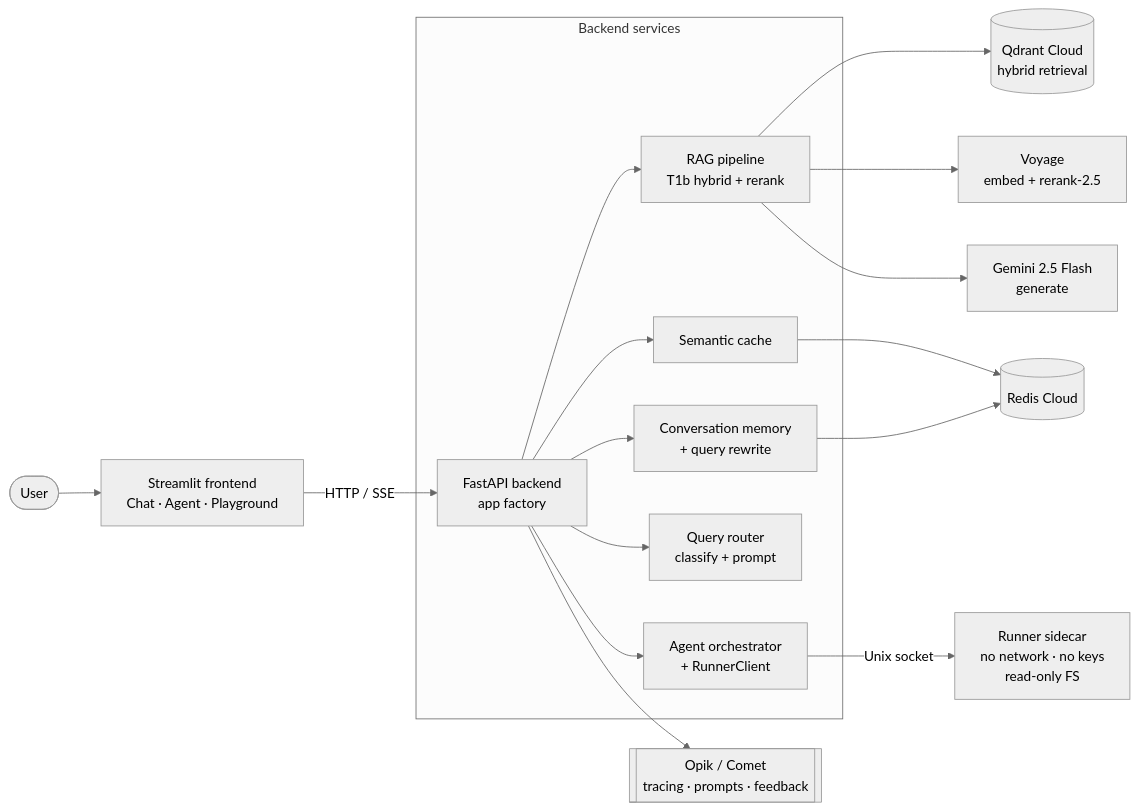
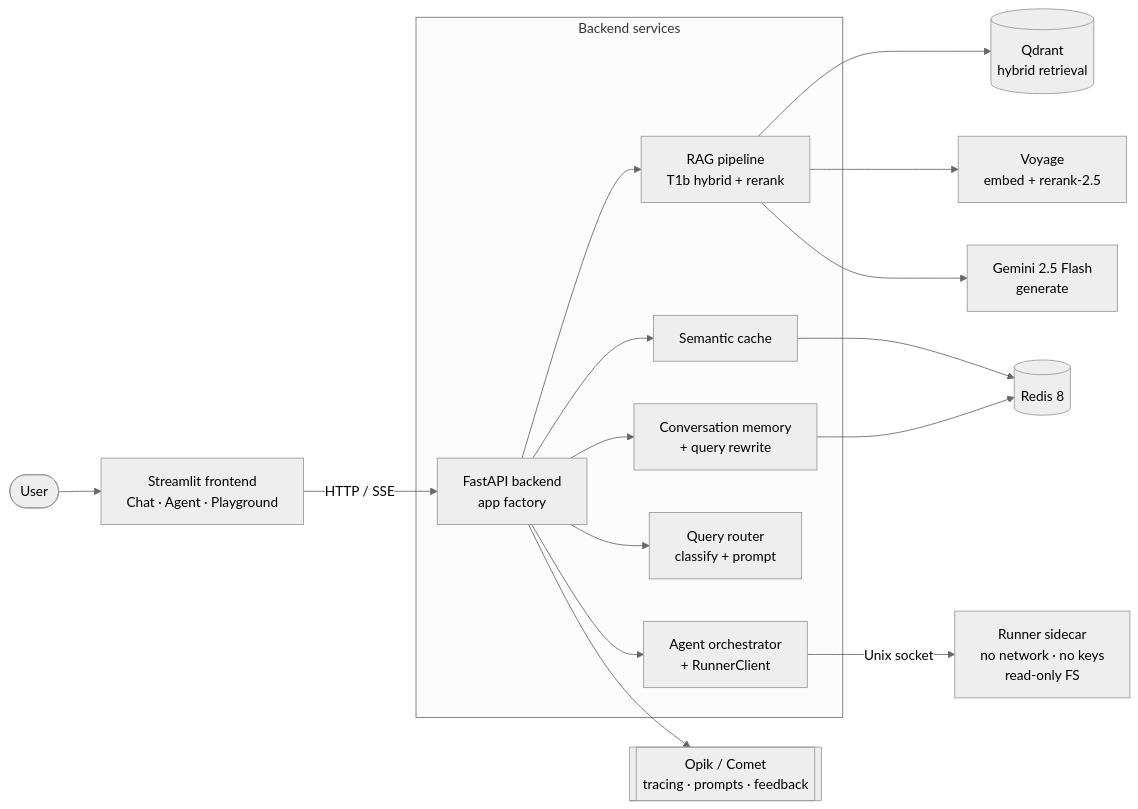
One commit to olaheavy-dev/fastpilot changed the diagram in wiki/overview.md. Above: the diagram before and after it, drawn with Mermaid (neutral theme). The commit also changed other lines of this file and 17 other files, not shown here.

````diff
--- a/wiki/overview.md
+++ b/wiki/overview.md
@@ -44,22 +44,22 @@
 ```mermaid
 flowchart LR
     U([User]) --> FE[Streamlit frontend<br/>Chat · Agent · Playground]
     FE -- HTTP / SSE --> BE[FastAPI backend<br/>app factory]
 
     subgraph Backend services
       BE --> RP[RAG pipeline<br/>T1b hybrid + rerank]
       BE --> SC[Semantic cache]
       BE --> CV[Conversation memory<br/>+ query rewrite]
       BE --> QR[Query router<br/>classify + prompt]
       BE --> AG[Agent orchestrator<br/>+ RunnerClient]
     end
 
     AG -- Unix socket --> RN[Runner sidecar<br/>no network · no keys<br/>read-only FS]
 
-    RP --> QD[(Qdrant Cloud<br/>hybrid retrieval)]
+    RP --> QD[(Qdrant<br/>hybrid retrieval)]
     RP --> VO[Voyage<br/>embed + rerank-2.5]
     RP --> GM[Gemini 2.5 Flash<br/>generate]
-    SC --> RD[(Redis Cloud)]
+    SC --> RD[(Redis 8)]
     CV --> RD
     BE --> OP[[Opik / Comet<br/>tracing · prompts · feedback]]
 ```
````
